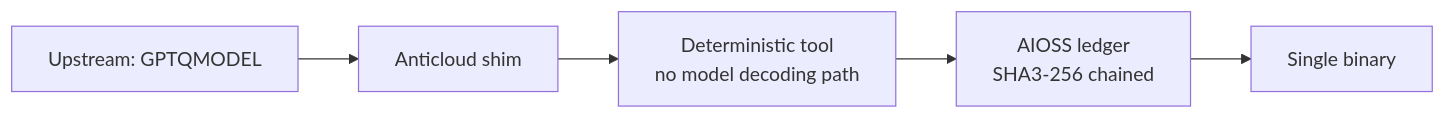
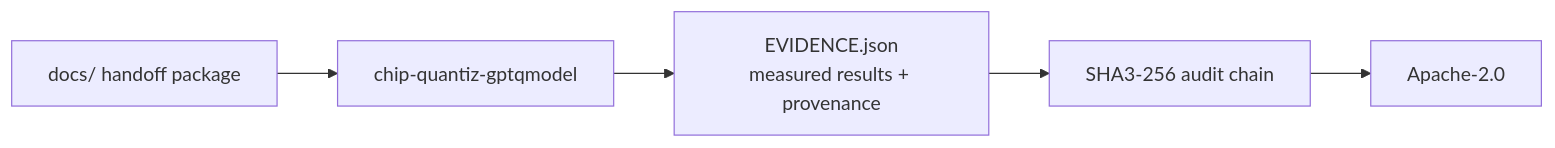
The diagram in README.md (the-anticloud/chip-quantiz-gptqmodel), drawn with Mermaid before and after one commit. The commit also changed other lines of this file and 8 other files, not shown here.

````diff
--- a/README.md
+++ b/README.md
@@ -11,7 +22,7 @@
 ```mermaid
 graph LR
-    U[Upstream: GPTQMODEL] --> S[Anticloud shim]
-    S --> T[Deterministic tool<br/>no model decoding path]
-    T --> A[AIOSS ledger<br/>SHA3-256 chained]
-    A --> B[Single binary]
+    D[docs/ handoff package] --> R[chip-quantiz-gptqmodel]
+    R --> E[EVIDENCE.json\nmeasured results + provenance]
+    E --> A[SHA3-256 audit chain]
+    A --> L[Apache-2.0]
 ```
````
